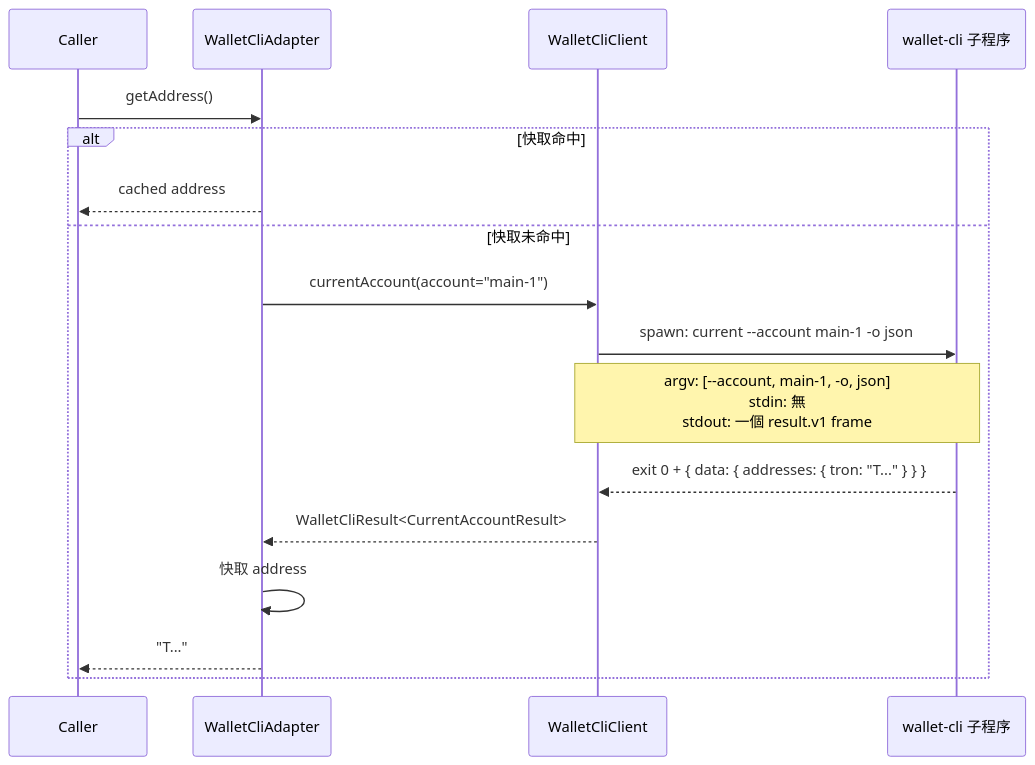
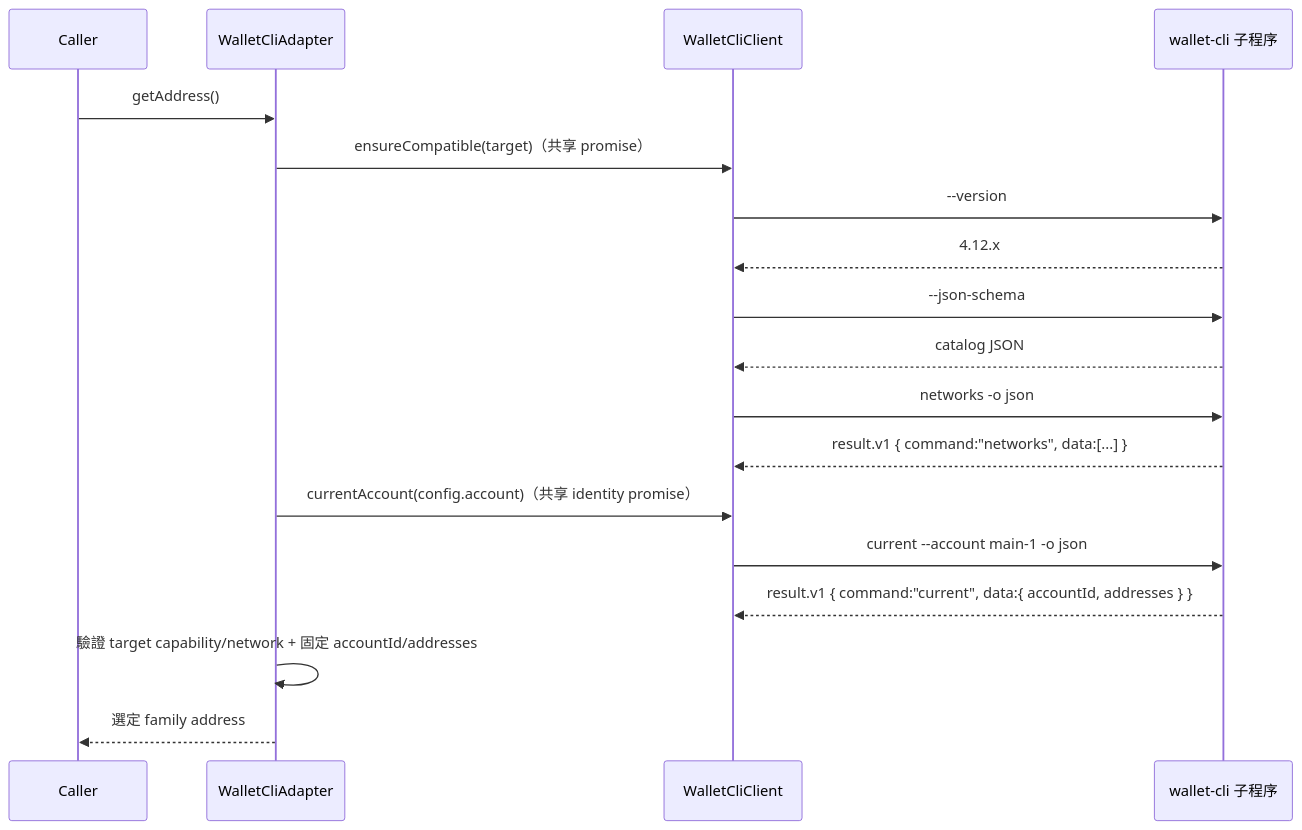
One commit to BofAI/agent-wallet changed the second of 5 diagrams in .kiro/specs/wallet-cli-integration/design.md. Above: the diagram before and after it, drawn with Mermaid. The commit also changed other lines of this file and 36 other files, not shown here.

Commit message:
feat: expand secure wallet-cli integration

````diff
--- a/.kiro/specs/wallet-cli-integration/design.md
+++ b/.kiro/specs/wallet-cli-integration/design.md
@@ -398,20 +609,21 @@
 ```mermaid
 sequenceDiagram
   participant App as Caller
   participant Signer as WalletCliAdapter
   participant Client as WalletCliClient
   participant Cli as wallet-cli 子程序
 
   App->>Signer: getAddress()
-  alt 快取命中
-    Signer-->>App: cached address
-  else 快取未命中
-    Signer->>Client: currentAccount(account="main-1")
-    Client->>Cli: spawn: current --account main-1 -o json
-    Note over Client,Cli: argv: [--account, main-1, -o, json]<br/>stdin: 無<br/>stdout: 一個 result.v1 frame
-    Cli-->>Client: exit 0 + { data: { addresses: { tron: "T..." } } }
-    Client-->>Signer: WalletCliResult<CurrentAccountResult>
-    Signer->>Signer: 快取 address
-    Signer-->>App: "T..."
-  end
+  Signer->>Client: ensureCompatible(target)（共享 promise）
+  Client->>Cli: --version
+  Cli-->>Client: 4.12.x
+  Client->>Cli: --json-schema
+  Cli-->>Client: catalog JSON
+  Client->>Cli: networks -o json
+  Cli-->>Client: result.v1 { command:"networks", data:[...] }
+  Signer->>Client: currentAccount(config.account)（共享 identity promise）
+  Client->>Cli: current --account main-1 -o json
+  Cli-->>Client: result.v1 { command:"current", data:{ accountId, addresses } }
+  Signer->>Signer: 驗證 target capability/network + 固定 accountId/addresses
+  Signer-->>App: 選定 family address
 ```
````
